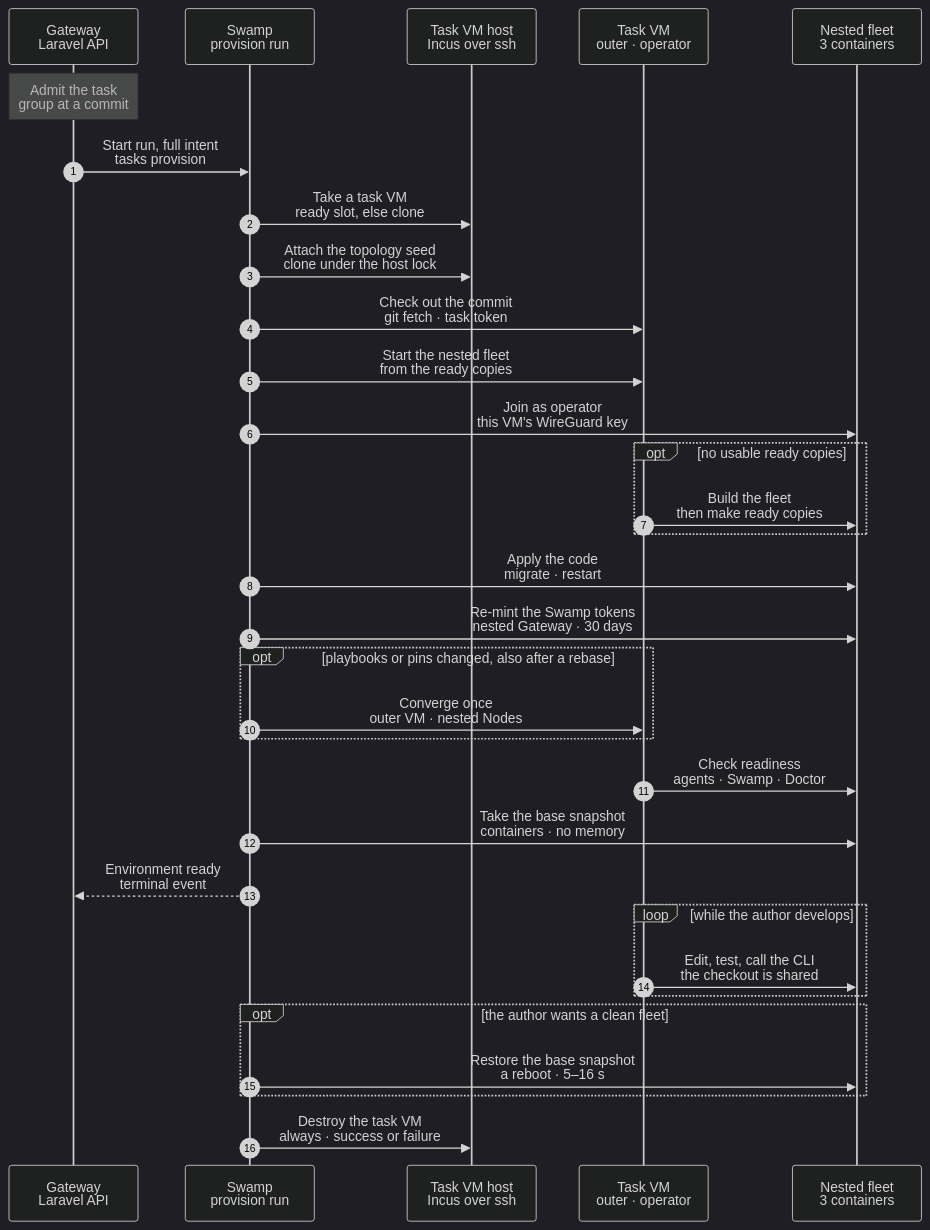
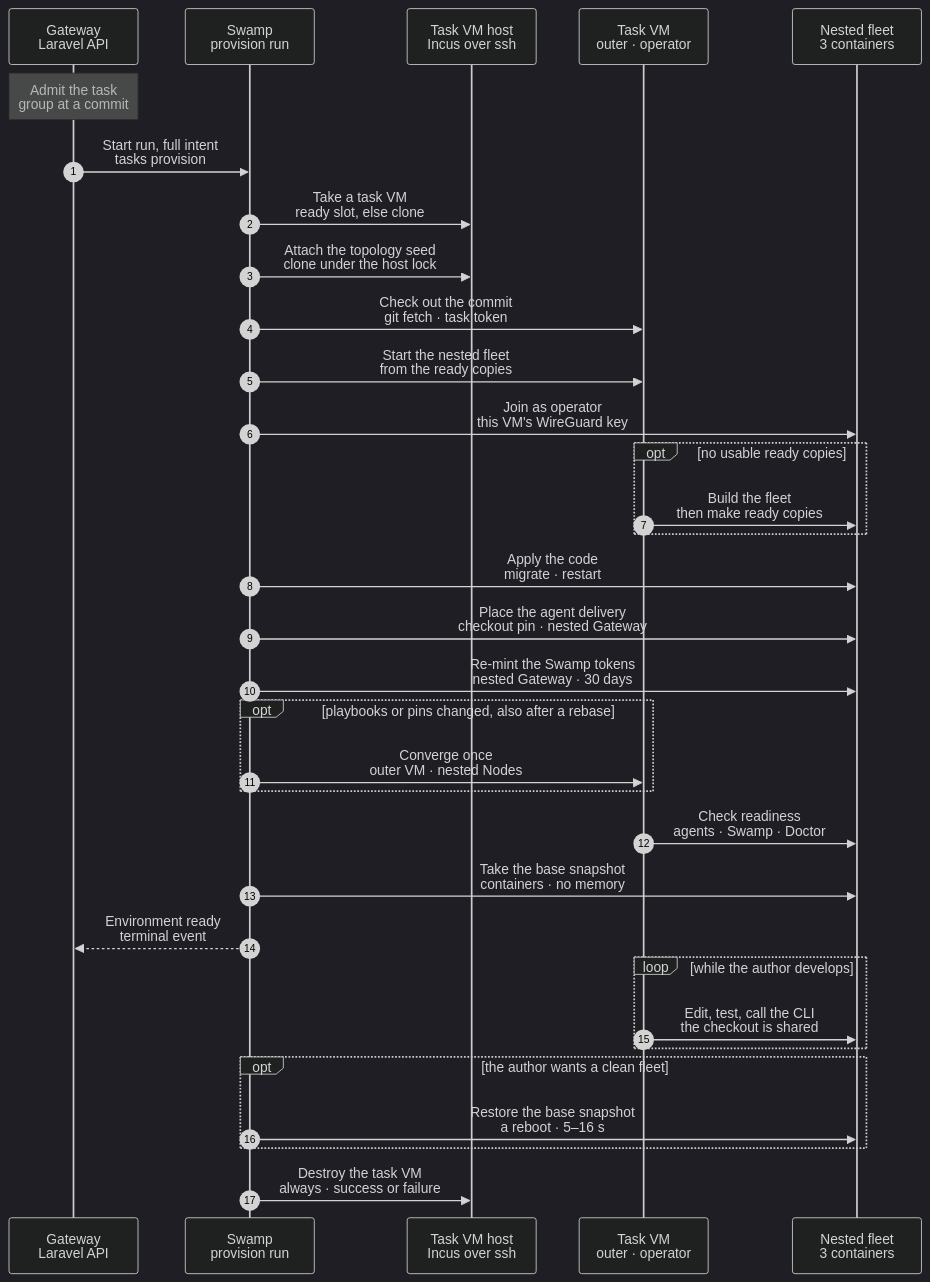
One commit to hardimpactdev/orbit changed the diagram in docs/reference/pipeline/2-development-environment.mmd. Above: the diagram before and after it, drawn with Mermaid (dark theme). The commit also changed 2 other files, not shown here.

Commit message:
fix(task-vms): Migrate waits for the delivery step; its own chart arrow; stricter gate test
Review of #3105: a failed delivery step made the re-mint skipped, which
Migrate accepted. Migrate now requires the delivery step. The chart gives
the step its own arrow. The gate test also asserts that every step after
the stop requires succeeded, and builds its paths from the release
delivery constants.

```diff
--- a/docs/reference/pipeline/2-development-environment.mmd
+++ b/docs/reference/pipeline/2-development-environment.mmd
@@ -80,12 +80,16 @@
   SW->>NT: Apply the code<br/>migrate · restart
   %%> What it does:
   %%> - the bind-mount units of the copies put `.env`, `storage` and `bootstrap/cache` (each guest's own disk) over the shared checkout at boot
-  %%> Decided by the orchestrator, for Nick's review (2026-11-07): places the checkout's agent pin (`resources/agent/frozen-manifest.json`) as the nested Gateway's delivery manifest (`apps/agent/delivery/manifest.json`, an ignored file of the shared checkout); a fleet from ready copies mounts a checkout without it, and its `node:converge` refused to start
   %%> - then the re-mint below, migrations and a restart of the long-running services (queue worker, scheduler, agent-view subscriber), so they run the checked-out code
   %%> Decided by the orchestrator, for Nick's review (2026-11-06), container inner topology:
   %%> - the checkout is the disk device of the fleet start; there is no NFS export, NFS mount or mount ordering step any more
   %%> Why:
   %%> - an edit on the outer VM is in the nested Nodes at once, at local disk speed; nothing can run against old code
+  SW->>NT: Place the agent delivery<br/>checkout pin · nested Gateway
+  %%> Decided by the orchestrator, for Nick's review (2026-11-07):
+  %%> - copies the checkout's agent pin (`resources/agent/frozen-manifest.json`) to the nested Gateway's delivery manifest (`apps/agent/delivery/manifest.json`), as a release does
+  %%> Why:
+  %%> - the manifest is an ignored file of the shared checkout, so a fleet from ready copies mounts a checkout without it, and its `node:converge` refuses to start
   SW->>NT: Re-mint the Swamp tokens<br/>nested Gateway · 30 days
   %%> Decided by the orchestrator, for Nick's review (2026-11-06):
   %%> What it does:
```
